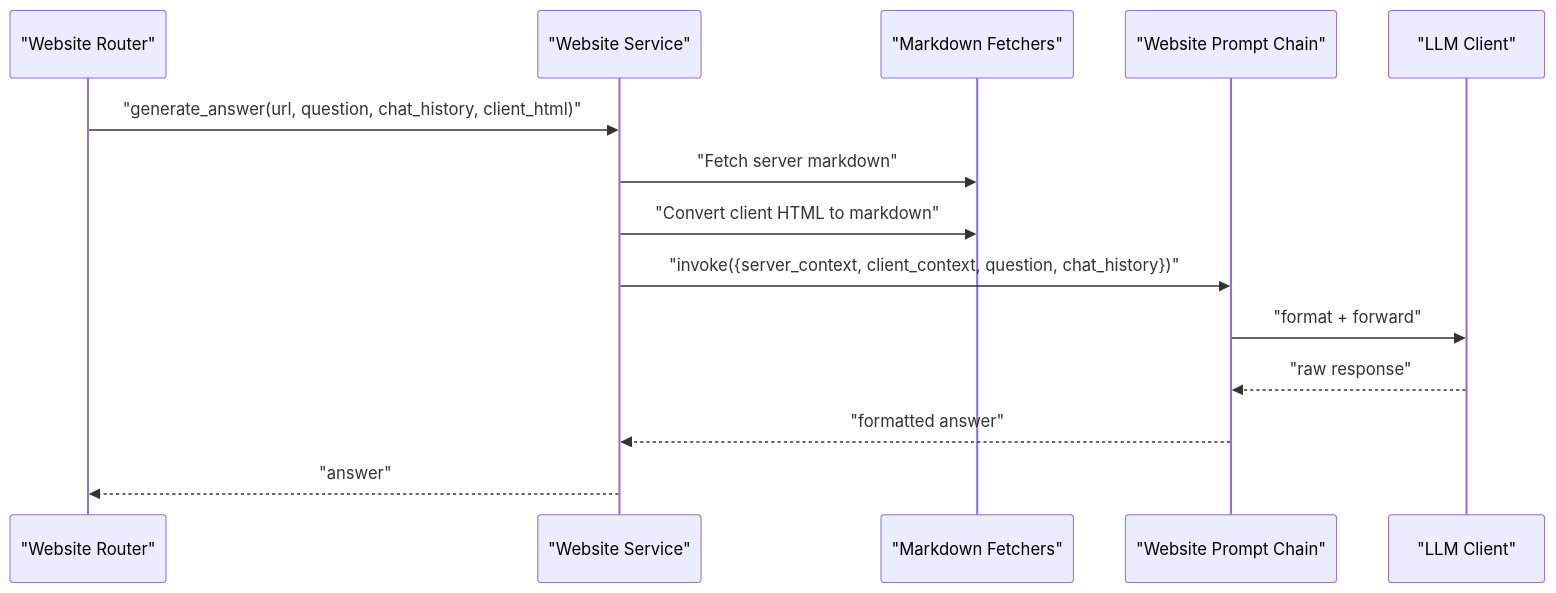
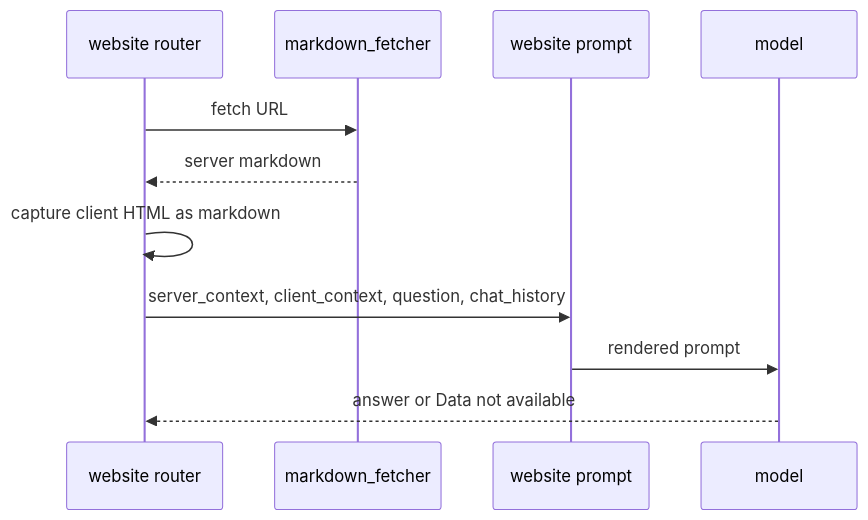
The third of 6 diagrams in src/data/docs/agentic-browser/Prompts and Prompt Engineering/Service-Specific Prompts.md (tashifkhan/tashif.codes), drawn with Mermaid before and after one commit. The commit also changed other lines of this file and 114 other files, not shown here.

````diff
--- a/src/data/docs/agentic-browser/Prompts and Prompt Engineering/Service-Specific Prompts.md
+++ b/src/data/docs/agentic-browser/Prompts and Prompt Engineering/Service-Specific Prompts.md
@@ -100,16 +69,13 @@
 ```mermaid
 sequenceDiagram
-participant Router as "Website Router"
-participant Service as "Website Service"
-participant Tools as "Markdown Fetchers"
-participant Prompt as "Website Prompt Chain"
-participant LLM as "LLM Client"
-Router->>Service : "generate_answer(url, question, chat_history, client_html)"
-Service->>Tools : "Fetch server markdown"
-Service->>Tools : "Convert client HTML to markdown"
-Service->>Prompt : "invoke({server_context, client_context, question, chat_history})"
-Prompt->>LLM : "format + forward"
-LLM-->>Prompt : "raw response"
-Prompt-->>Service : "formatted answer"
-Service-->>Router : "answer"
+  participant R as website router
+  participant F as markdown_fetcher
+  participant P as website prompt
+  participant L as model
+  R->>F: fetch URL
+  F-->>R: server markdown
+  R->>R: capture client HTML as markdown
+  R->>P: server_context, client_context, question, chat_history
+  P->>L: rendered prompt
+  L-->>R: answer or Data not available
 ```
````
